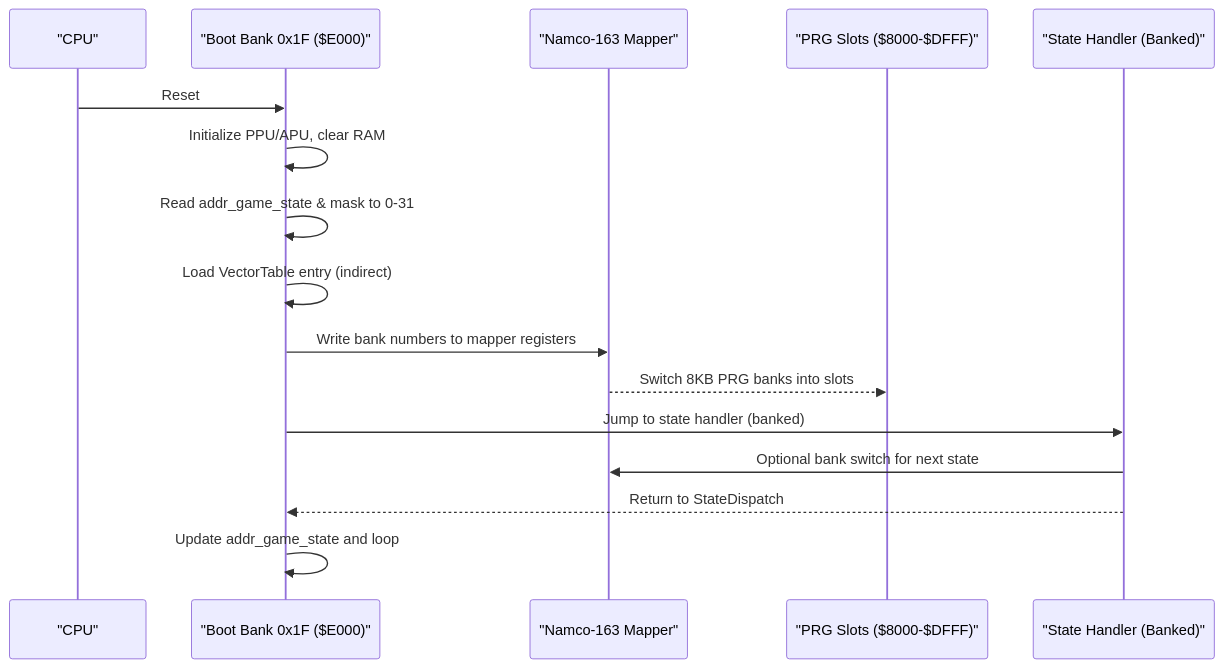
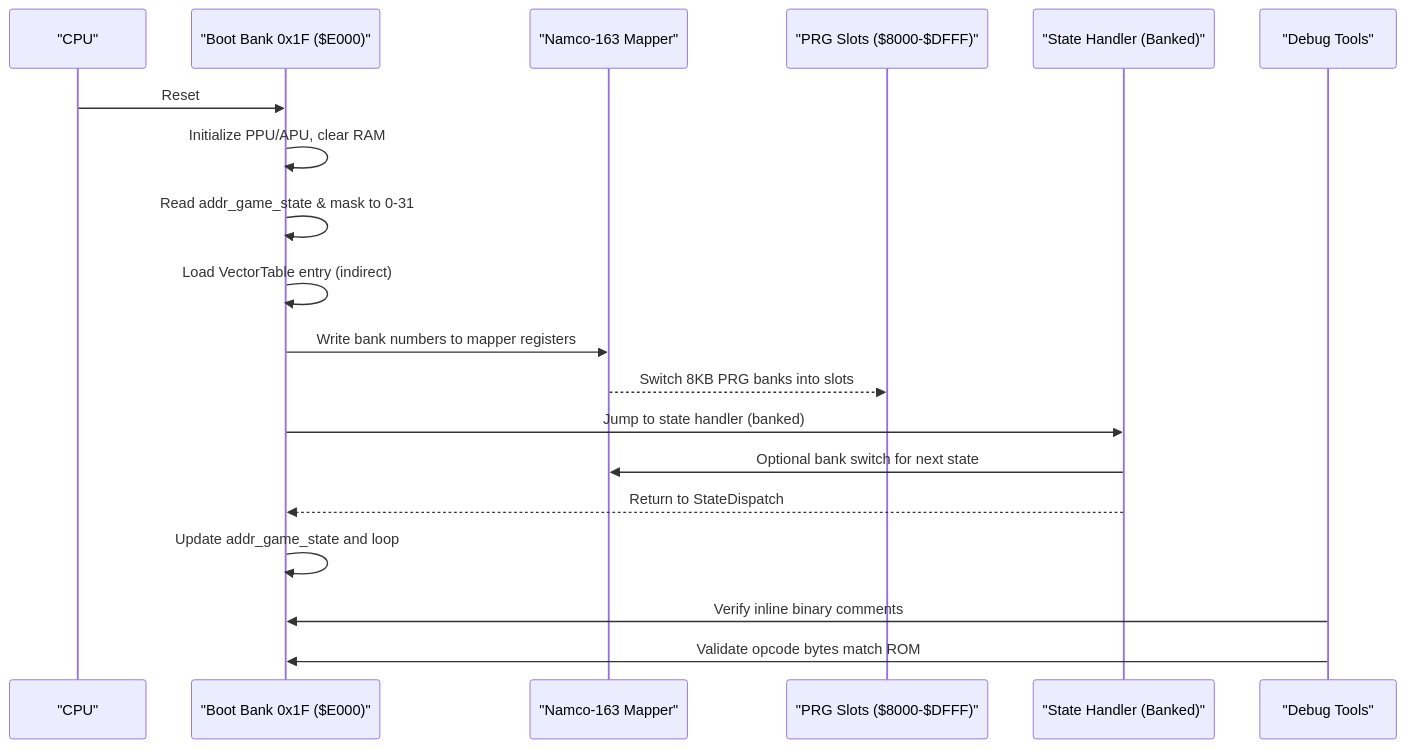
The second of 9 diagrams in .qoder/repowiki/en/content/Assembly Architecture/Assembly Architecture.md (rabbyzero/sango2dasm), drawn with Mermaid before and after one commit. The commit also changed other lines of this file and 26 other files, not shown here.

````diff
--- a/.qoder/repowiki/en/content/Assembly Architecture/Assembly Architecture.md
+++ b/.qoder/repowiki/en/content/Assembly Architecture/Assembly Architecture.md
@@ -101,18 +136,21 @@
 ```mermaid
 sequenceDiagram
 participant CPU as "CPU"
 participant BOOT as "Boot Bank 0x1F ($E000)"
 participant MAP as "Namco-163 Mapper"
 participant SLOTS as "PRG Slots ($8000-$DFFF)"
 participant STATE as "State Handler (Banked)"
+participant DEBUG as "Debug Tools"
 CPU->>BOOT : Reset
 BOOT->>BOOT : Initialize PPU/APU, clear RAM
 BOOT->>BOOT : Read addr_game_state & mask to 0-31
 BOOT->>BOOT : Load VectorTable entry (indirect)
 BOOT->>MAP : Write bank numbers to mapper registers
 MAP-->>SLOTS : Switch 8KB PRG banks into slots
 BOOT->>STATE : Jump to state handler (banked)
 STATE->>MAP : Optional bank switch for next state
 STATE-->>BOOT : Return to StateDispatch
 BOOT->>BOOT : Update addr_game_state and loop
+DEBUG->>BOOT : Verify inline binary comments
+DEBUG->>BOOT : Validate opcode bytes match ROM
 ```
````
